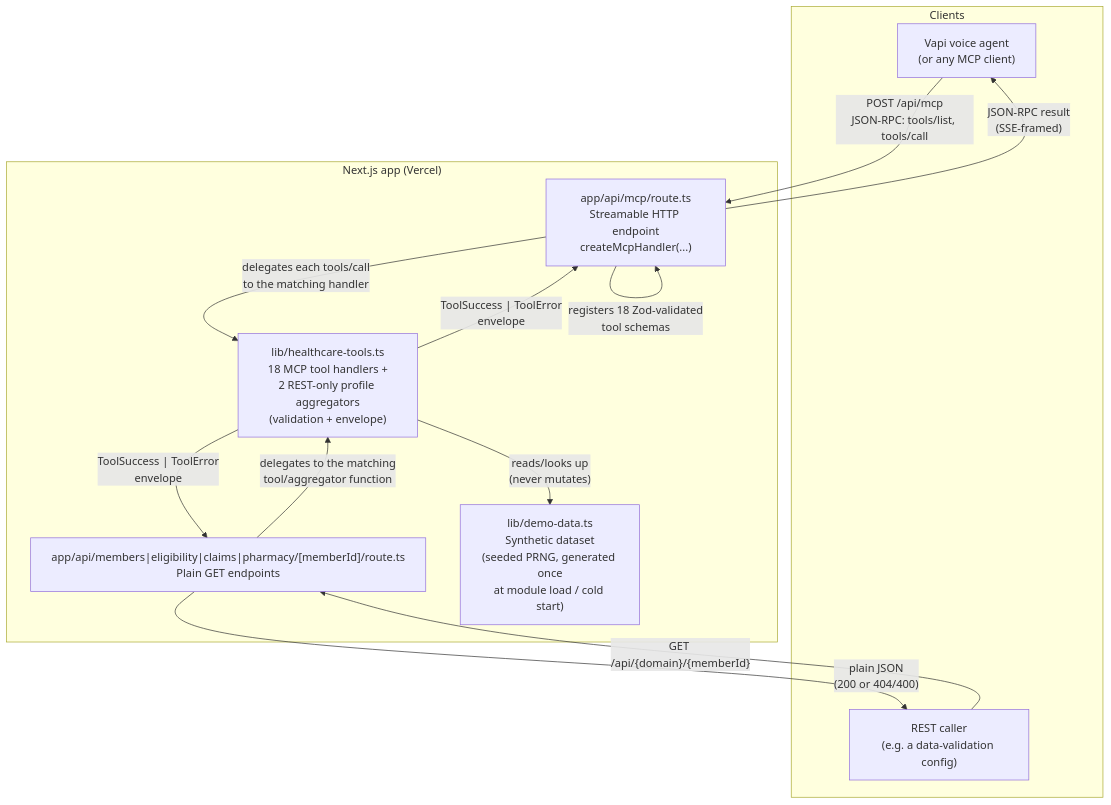
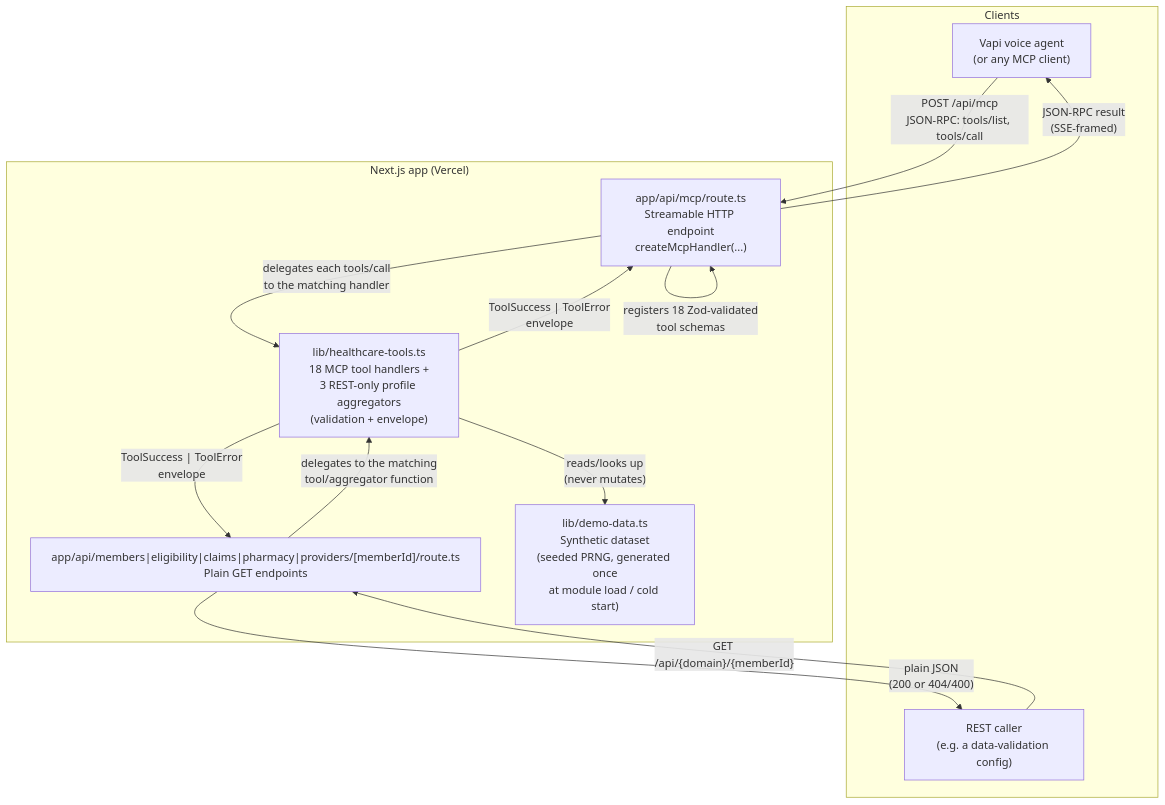
Before and after one commit to alif-laam-Meem/healthcare-mock-mcp: the diagram in README.md, drawn with Mermaid. The commit also changed other lines of this file and 3 other files, not shown here.

First line of the commit message:
Add REST GET /api/providers/{memberId} endpoint

````diff
--- a/README.md
+++ b/README.md
@@ -45,25 +45,25 @@
 ```mermaid
 flowchart TB
     subgraph Clients["Clients"]
         Vapi["Vapi voice agent\n(or any MCP client)"]
         REST["REST caller\n(e.g. a data-validation config)"]
     end
 
     subgraph Server["Next.js app (Vercel)"]
         Route["app/api/mcp/route.ts\nStreamable HTTP endpoint\ncreateMcpHandler(...)"]
-        RestRoutes["app/api/members|eligibility|claims|pharmacy/[memberId]/route.ts\nPlain GET endpoints"]
-        Tools["lib/healthcare-tools.ts\n18 MCP tool handlers +\n2 REST-only profile aggregators\n(validation + envelope)"]
+        RestRoutes["app/api/members|eligibility|claims|pharmacy|providers/[memberId]/route.ts\nPlain GET endpoints"]
+        Tools["lib/healthcare-tools.ts\n18 MCP tool handlers +\n3 REST-only profile aggregators\n(validation + envelope)"]
         Data["lib/demo-data.ts\nSynthetic dataset\n(seeded PRNG, generated once\nat module load / cold start)"]
     end
 
     Vapi -- "POST /api/mcp\nJSON-RPC: tools/list, tools/call" --> Route
     Route -- "registers 18 Zod-validated\ntool schemas" --> Route
     Route -- "delegates each tools/call\nto the matching handler" --> Tools
     REST -- "GET /api/{domain}/{memberId}" --> RestRoutes
     RestRoutes -- "delegates to the matching\ntool/aggregator function" --> Tools
     Tools -- "reads/looks up\n(never mutates)" --> Data
     Tools -- "ToolSuccess | ToolError\nenvelope" --> Route
     Tools -- "ToolSuccess | ToolError\nenvelope" --> RestRoutes
     Route -- "JSON-RPC result\n(SSE-framed)" --> Vapi
     RestRoutes -- "plain JSON\n(200 or 404/400)" --> REST
 ```
````
